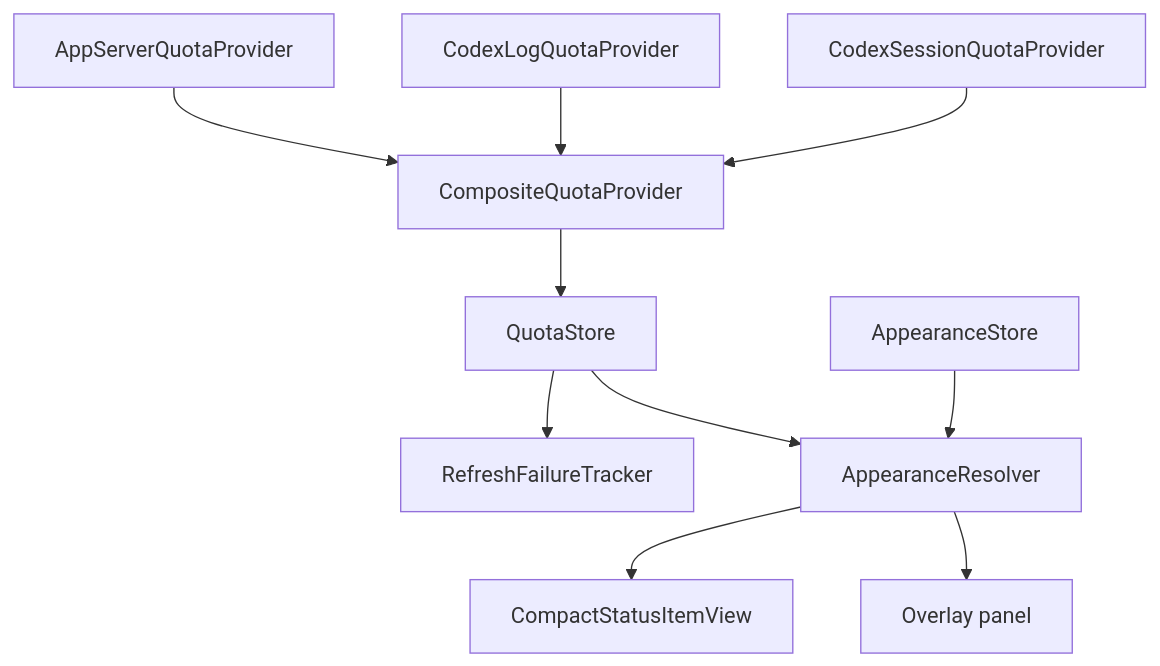
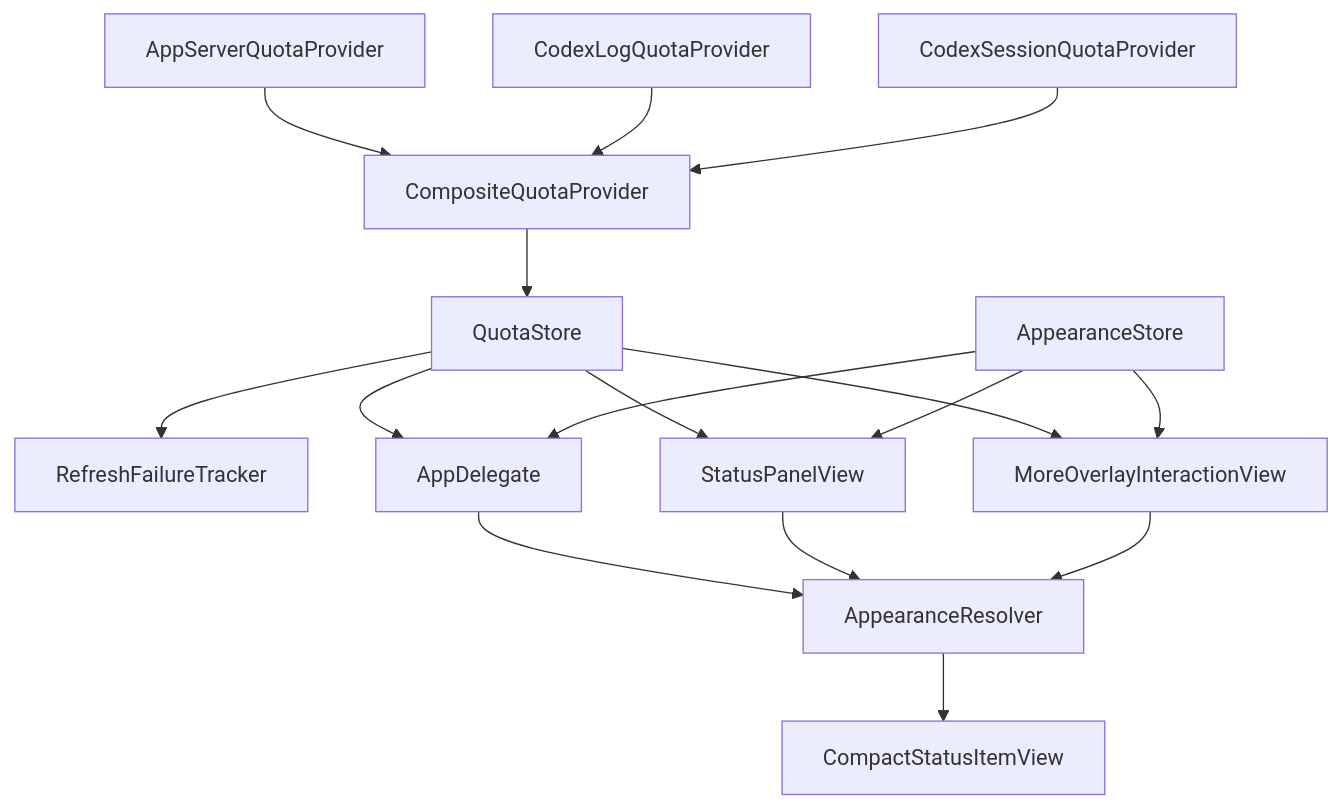
One commit to onlytwokey/Codex-Limit-Peek changed the diagram in docs/superpowers/specs/2026-07-18-loud-readme-visual-refresh-design.md. Above: the diagram before and after it, drawn with Mermaid. The commit also changed other lines of this file and 1 other file, not shown here.

Commit message:
docs: plan LOUD README visual refresh

````diff
--- a/docs/superpowers/specs/2026-07-18-loud-readme-visual-refresh-design.md
+++ b/docs/superpowers/specs/2026-07-18-loud-readme-visual-refresh-design.md
@@ -284,12 +286,18 @@
 ```mermaid
 flowchart TD
     AppServerQuotaProvider --> CompositeQuotaProvider
     CodexLogQuotaProvider --> CompositeQuotaProvider
     CodexSessionQuotaProvider --> CompositeQuotaProvider
     CompositeQuotaProvider --> QuotaStore
     QuotaStore --> RefreshFailureTracker
-    AppearanceStore --> AppearanceResolver
-    QuotaStore --> AppearanceResolver
+    QuotaStore --> AppDelegate
+    AppearanceStore --> AppDelegate
+    AppDelegate --> AppearanceResolver
     AppearanceResolver --> CompactStatusItemView
-    AppearanceResolver --> OverlayPanel["Overlay panel"]
+    QuotaStore --> StatusPanelView
+    AppearanceStore --> StatusPanelView
+    StatusPanelView --> AppearanceResolver
+    QuotaStore --> MoreOverlayInteractionView
+    AppearanceStore --> MoreOverlayInteractionView
+    MoreOverlayInteractionView --> AppearanceResolver
 ```
````
